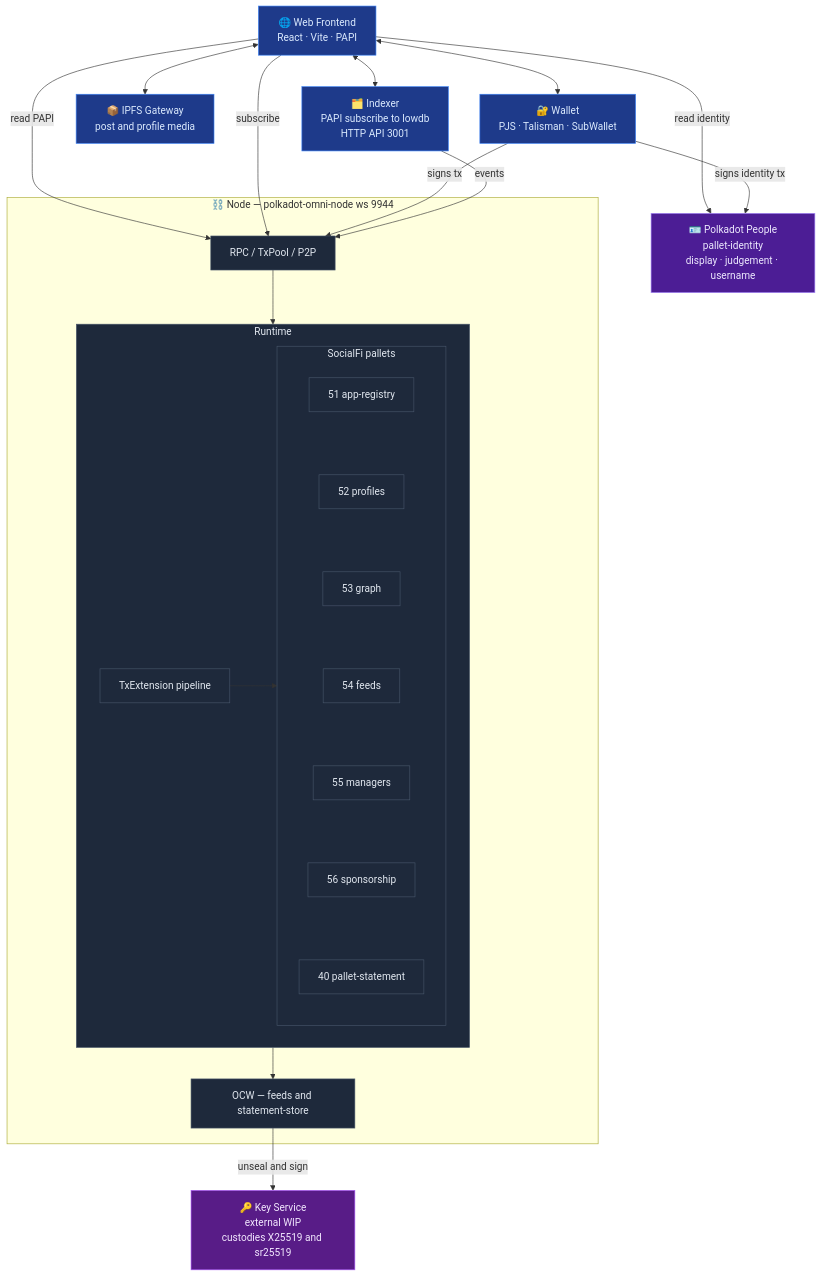
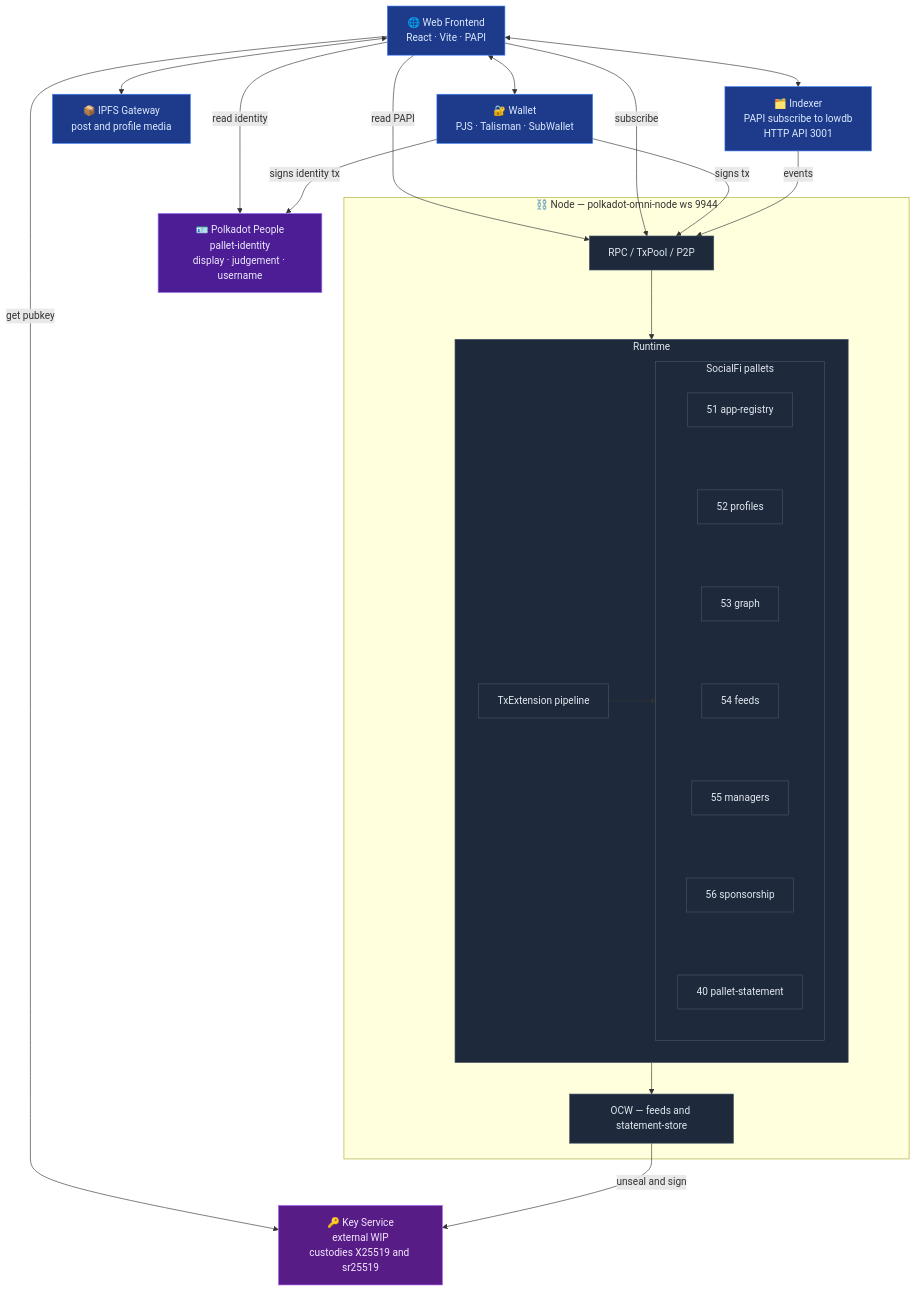
One commit to germankuber/socialfi-protocol changed the diagram in README.md. Above: the diagram before and after it, drawn with Mermaid.

Commit message:
docs(readme): show frontend fetching the Key Service pubkey
When the author creates an encrypted post the frontend needs the Key Service's X25519 public key to seal the capsule (encrypt k_content that, in turn, wraps the IPFS body). Only the pubkey — no signing, no access to private material. Added a Front -> KS edge labelled 'get pubkey' alongside the existing OCW -> KS 'unseal and sign' edge, so the diagram captures both directions the Key Service is consumed.

````diff
--- a/README.md
+++ b/README.md
@@ -15,55 +15,56 @@
 ```mermaid
 flowchart TB
     Wallet["🔐 Wallet<br/>PJS · Talisman · SubWallet"]
     IPFS["📦 IPFS Gateway<br/>post and profile media"]
     Front["🌐 Web Frontend<br/>React · Vite · PAPI"]
     Indexer["🗂️ Indexer<br/>PAPI subscribe to lowdb<br/>HTTP API 3001"]
     KS["🔑 Key Service<br/>external WIP<br/>custodies X25519 and sr25519"]
     People["🪪 Polkadot People<br/>pallet-identity<br/>display · judgement · username"]
 
     subgraph Node["⛓️ Node — polkadot-omni-node ws 9944"]
         RPC["RPC / TxPool / P2P"]
         subgraph RT["Runtime"]
             TxExt["TxExtension pipeline"]
             subgraph Pallets["SocialFi pallets"]
                 direction TB
                 AR["51 app-registry"]
                 PR["52 profiles"]
                 GR["53 graph"]
                 FD["54 feeds"]
                 MG["55 managers"]
                 SP["56 sponsorship"]
                 ST["40 pallet-statement"]
                 AR ~~~ PR ~~~ GR ~~~ FD ~~~ MG ~~~ SP ~~~ ST
             end
             TxExt --> Pallets
         end
         OCW["OCW — feeds and statement-store"]
         RPC --> RT
         RT --> OCW
     end
 
     Front <--> Wallet
     Front <--> IPFS
     Front <--> Indexer
 
     Front -- "read PAPI" --> RPC
     Front -- "subscribe" --> RPC
 
     Wallet -- "signs tx" --> RPC
 
     Front -- "read identity" --> People
     Wallet -- "signs identity tx" --> People
 
     Indexer -- "events" --> RPC
+    Front -- "get pubkey" --> KS
     OCW -- "unseal and sign" --> KS
 
     classDef user fill:#1e3a8a,color:#dbeafe,stroke:#3b82f6
     classDef chain fill:#1e293b,color:#e2e8f0,stroke:#475569
     classDef external fill:#581c87,color:#f3e8ff,stroke:#a855f7
     classDef people fill:#4c1d95,color:#ede9fe,stroke:#a78bfa
     class Wallet,Front,IPFS,Indexer user
     class RPC,RT,OCW,TxExt,Pallets,AR,PR,GR,FD,MG,SP,ST chain
     class KS external
     class People people
 ```
````
